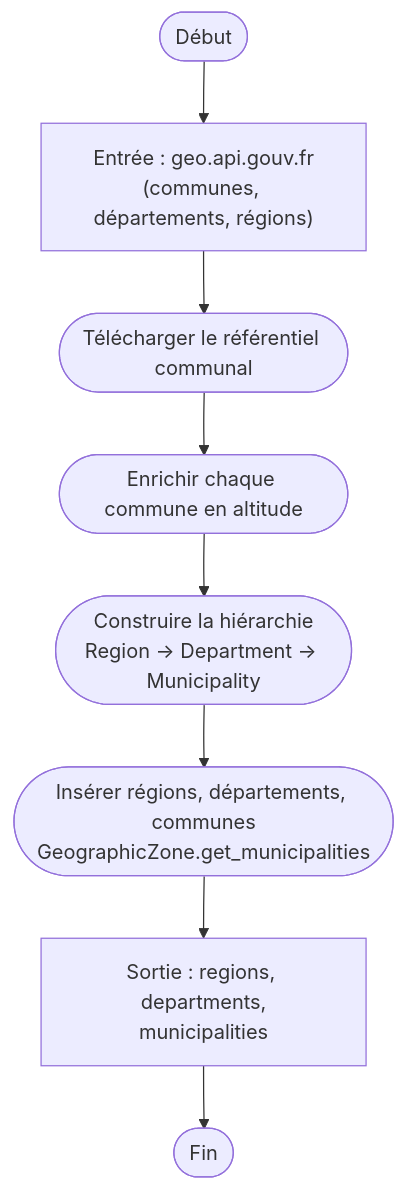
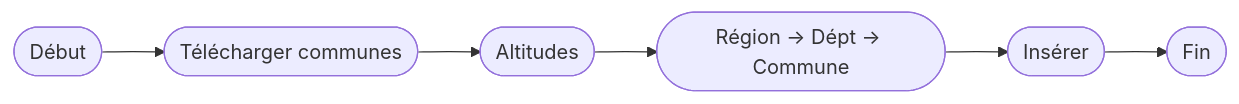
One commit to gabriel-dahan/ensai-it-project-2a-team12 changed the second of 8 diagrams in doc/activity_diagram.md. Above: the diagram before and after it, drawn with Mermaid. The commit also changed other lines of this file and 30688 other files, not shown here.

````diff
--- a/doc/activity_diagram.md
+++ b/doc/activity_diagram.md
@@ -25,10 +21,8 @@
 ```mermaid
-flowchart TD
-    start([Début]) --> entree["Entrée : geo.api.gouv.fr\n(communes, départements, régions)"]
-    entree --> geo([Télécharger le référentiel communal])
-    geo --> alti([Enrichir chaque commune en altitude])
-    alti --> hierarchy(["Construire la hiérarchie\nRegion → Department → Municipality"])
-    hierarchy --> saveGeo(["Insérer régions, départements, communes\nGeographicZone.get_municipalities"])
-    saveGeo --> sortie["Sortie : regions, departments,\nmunicipalities"]
-    sortie --> ready([Fin])
+flowchart LR
+    start([Début]) --> geo([Télécharger communes])
+    geo --> alti([Altitudes])
+    alti --> hier([Région → Dépt → Commune])
+    hier --> save([Insérer])
+    save --> ready([Fin])
 ```
````
